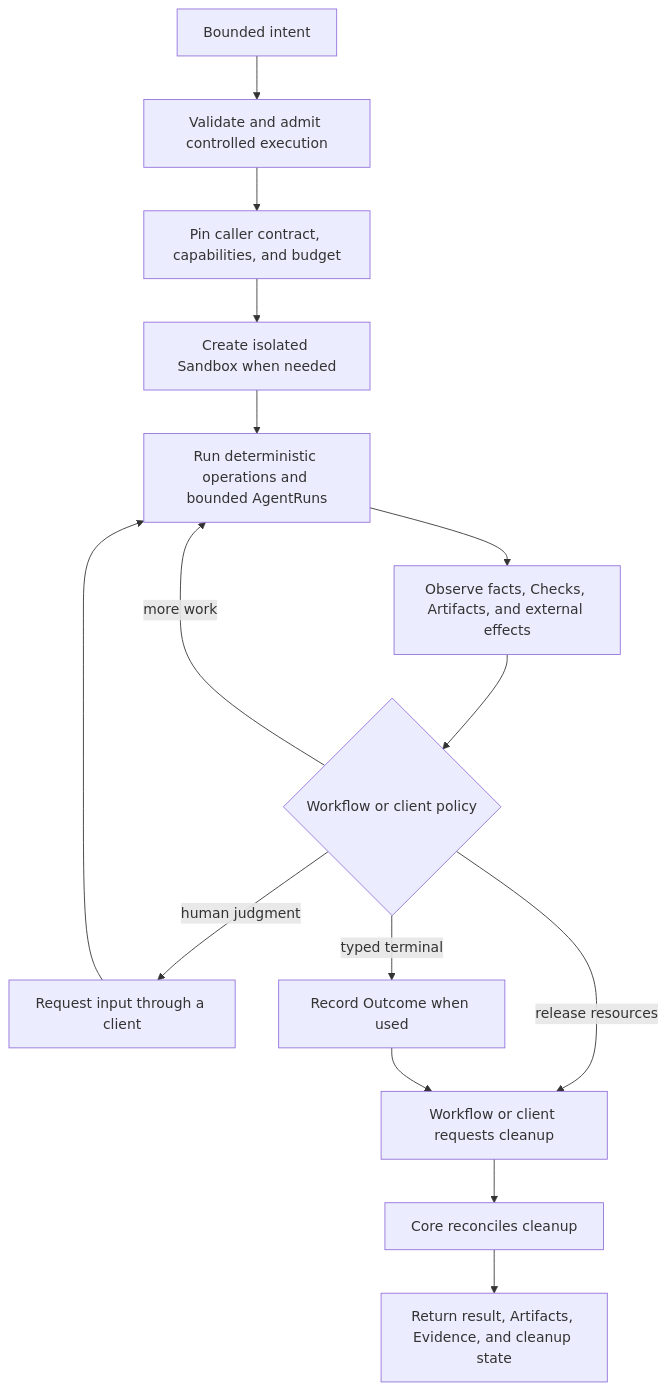
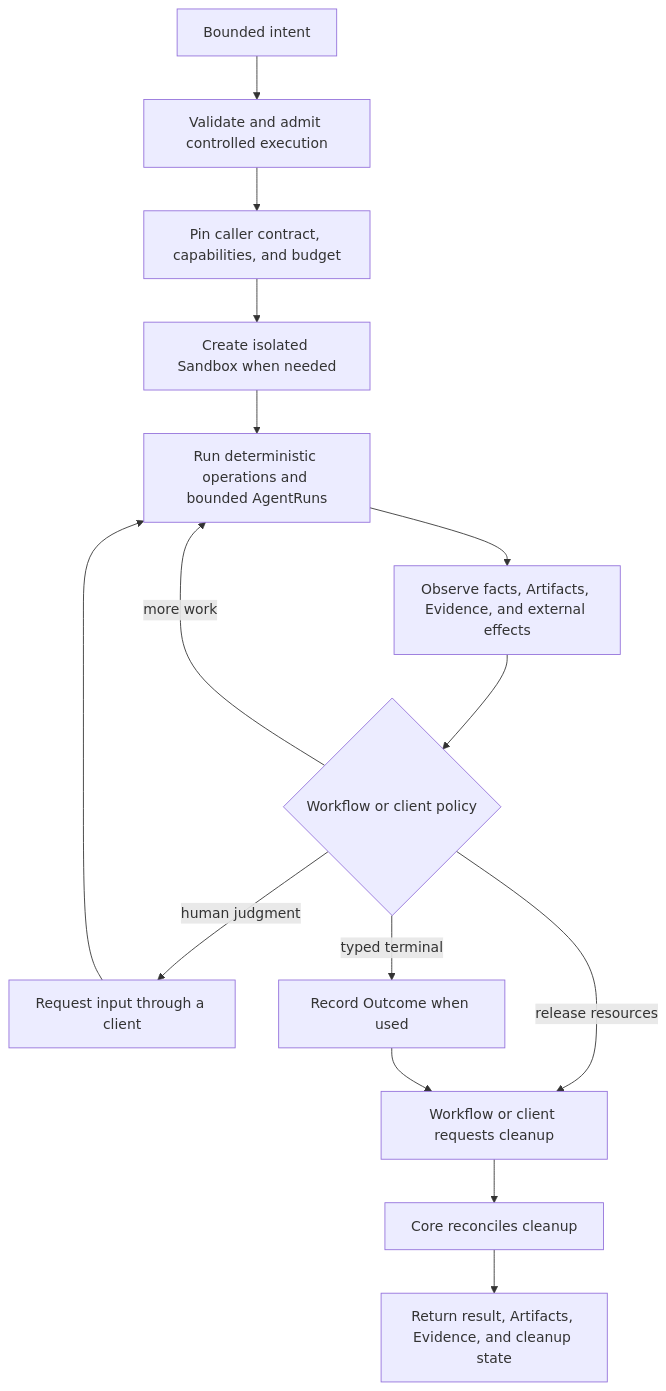
The diagram in docs/project/north-star.md (aphronio/dorf), drawn with Mermaid before and after one commit. The commit also changed other lines of this file and 52 other files, not shown here.

````diff
--- a/docs/project/north-star.md
+++ b/docs/project/north-star.md
@@ -103,17 +102,17 @@
 ```mermaid
 flowchart TD
     Intent["Bounded intent"] --> Admit["Validate and admit controlled execution"]
     Admit --> Contract["Pin caller contract, capabilities, and budget"]
     Contract --> Sandbox["Create isolated Sandbox when needed"]
     Sandbox --> Work["Run deterministic operations and bounded AgentRuns"]
-    Work --> Observe["Observe facts, Checks, Artifacts, and external effects"]
+    Work --> Observe["Observe facts, Artifacts, Evidence, and external effects"]
     Observe --> Decide{"Workflow or client policy"}
     Decide -->|"more work"| Work
     Decide -->|"human judgment"| Attention["Request input through a client"]
     Attention --> Work
     Decide -->|"typed terminal"| Outcome["Record Outcome when used"]
     Decide -->|"release resources"| RequestCleanup
     Outcome --> RequestCleanup["Workflow or client requests cleanup"]
     RequestCleanup --> Cleanup["Core reconciles cleanup"]
     Cleanup --> Receipt["Return result, Artifacts, Evidence, and cleanup state"]
 ```
````
